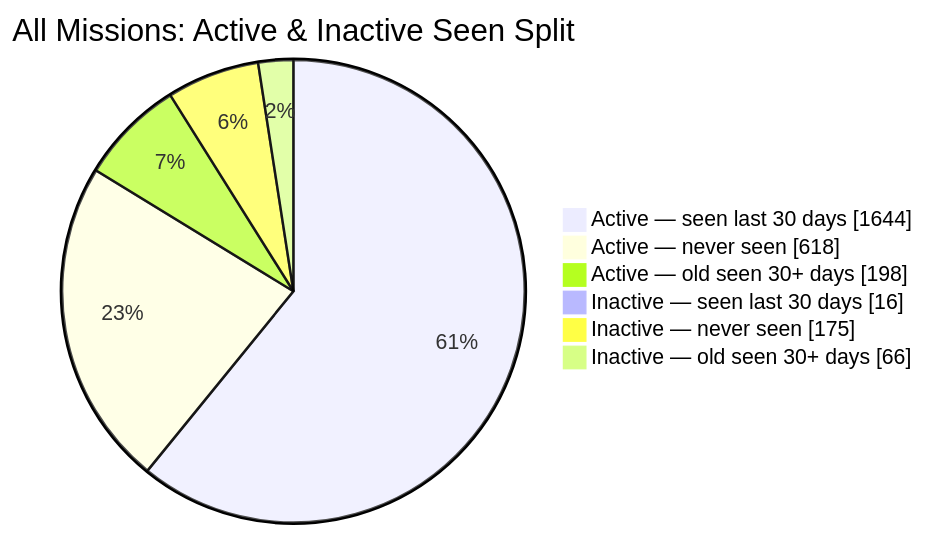
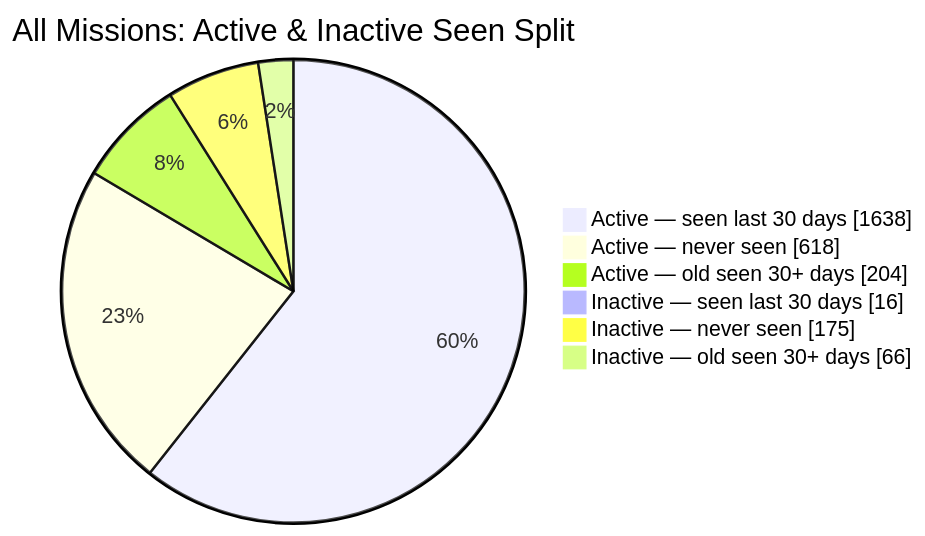
One commit to MeldkamerspelGameTeam/active-missions changed the second of 2 diagrams in README.md. Above: the diagram before and after it, drawn with Mermaid. The commit also changed other lines of this file and 3 other files, not shown here.

````diff
--- a/README.md
+++ b/README.md
@@ -44,10 +44,10 @@
 ```mermaid
 pie showData
     title All Missions: Active & Inactive Seen Split
-    "Active — seen last 30 days" : 1644
+    "Active — seen last 30 days" : 1638
     "Active — never seen" : 618
-    "Active — old seen 30+ days" : 198
+    "Active — old seen 30+ days" : 204
     "Inactive — seen last 30 days" : 16
     "Inactive — never seen" : 175
     "Inactive — old seen 30+ days" : 66
 ```
````
